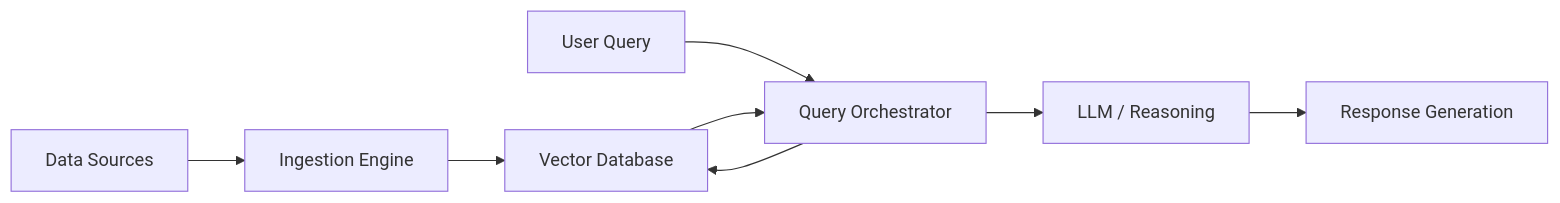
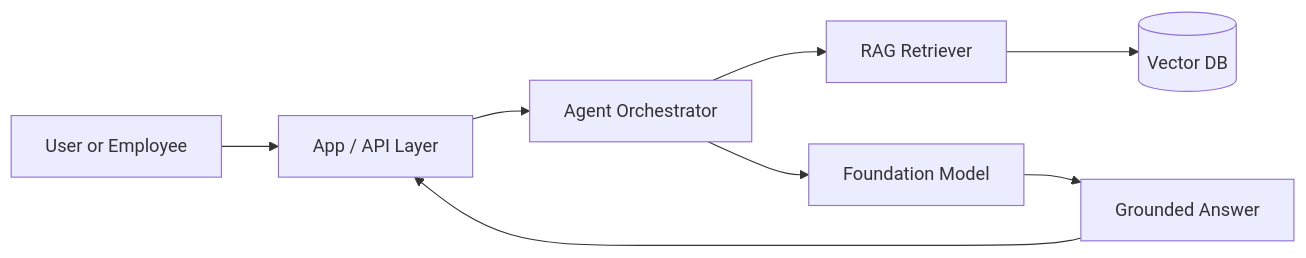
Before and after one commit to tulsiramr/enterprise-ai-engineering-playbook: the diagram in README.md, drawn with Mermaid. The commit also changed other lines of this file and 4 other files, not shown here.

````diff
--- a/README.md
+++ b/README.md
@@ -8,10 +23,10 @@
 ```mermaid
-graph LR
-    A[Data Sources] --> B[Ingestion Engine]
-    B --> C[Vector Database]
-    D[User Query] --> E[Query Orchestrator]
-    E --> C
-    C --> E
-    E --> F[LLM / Reasoning]
-    F --> G[Response Generation]
+flowchart LR
+    User[User or Employee] --> Gateway[App / API Layer]
+    Gateway --> Orchestrator[Agent Orchestrator]
+    Orchestrator --> Retriever[RAG Retriever]
+    Retriever --> VectorDB[(Vector DB)]
+    Orchestrator --> Model[Foundation Model]
+    Model --> Response[Grounded Answer]
+    Response --> Gateway
 ```
````
